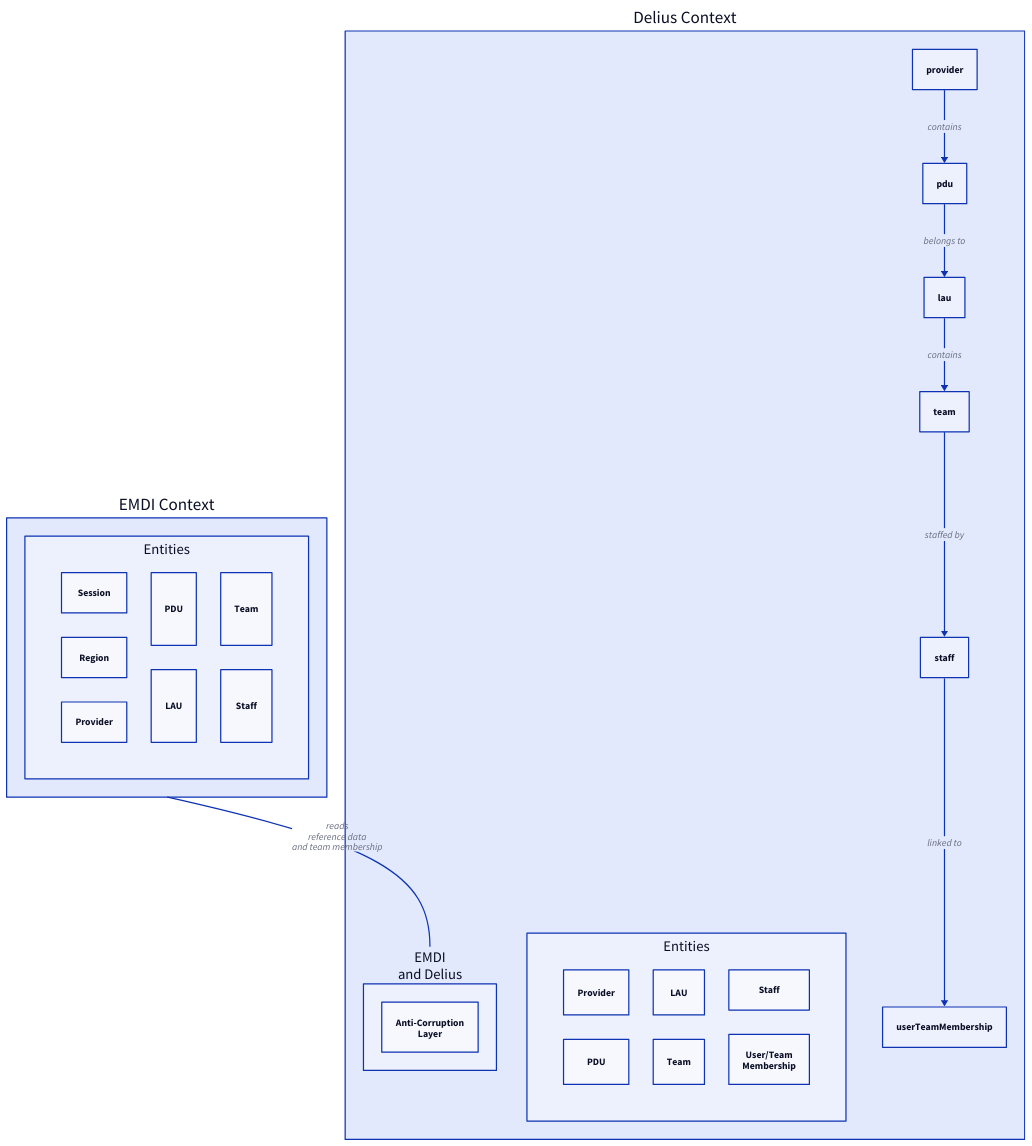
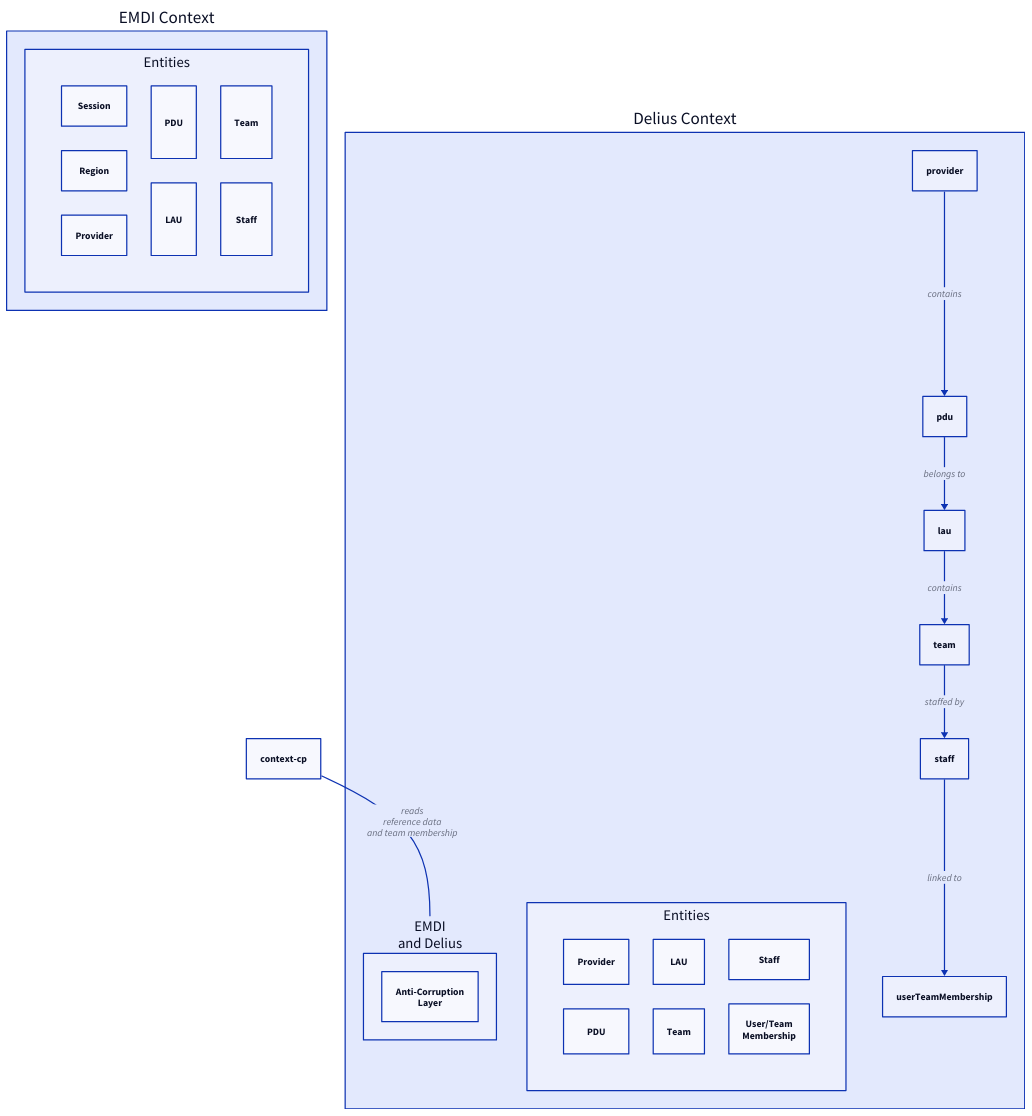
Before and after one commit to ministryofjustice/hmpps-probation-integration-services: the diagram in doc/diagrams/emdi-and-delius-context-map.d2, drawn with D2.

Commit message:
Apply suggestion from @marcus-bcl

```diff
--- a/doc/diagrams/emdi-and-delius-context-map.d2
+++ b/doc/diagrams/emdi-and-delius-context-map.d2
@@ -1,36 +1,36 @@
-context-cp: EMDI Context {
+context-emdi: EMDI Context {
   entities: Entities {
     grid-columns: 3
     session: Session
     region: Region
     provider: Provider
     pdu: PDU
     lau: LAU
     team: Team
     staff: Staff
   }
 }
 
 context-delius: Delius Context {
   interface: EMDI\nand Delius {
     type: Anti-Corruption\nLayer
   }
 
   entities: Entities {
     grid-columns: 3
     provider: Provider
     pdu: PDU
     lau: LAU
     team: Team
     staff: Staff
     userTeamMembership: User/Team\nMembership
   }
 
   provider -> pdu: contains
   pdu -> lau: belongs to
   lau -> team: contains
   team -> staff: staffed by
   staff -> userTeamMembership: linked to
 }
 
 context-cp -- context-delius.interface: reads\nreference data\nand team membership
```
